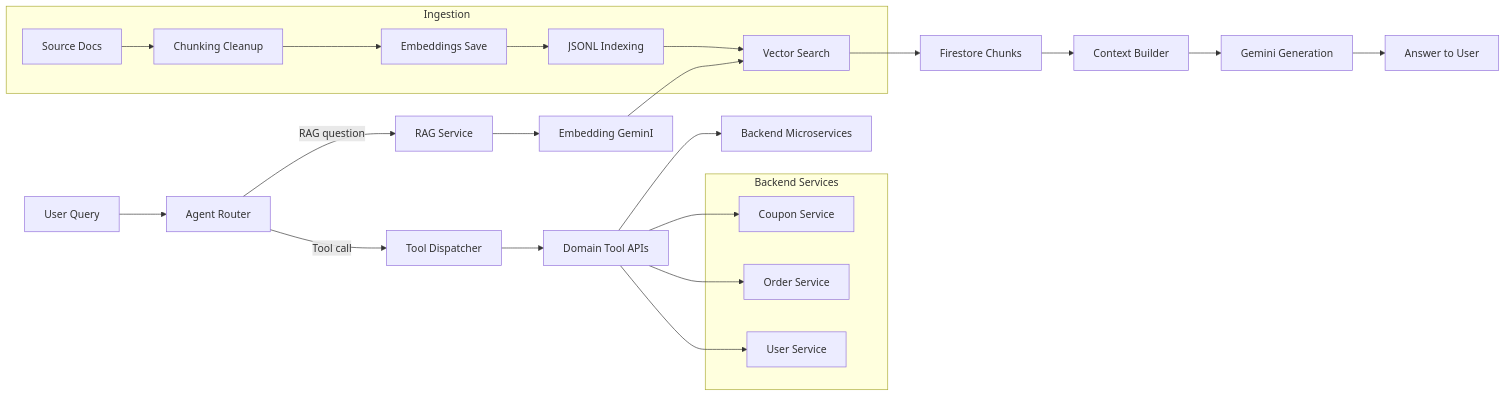
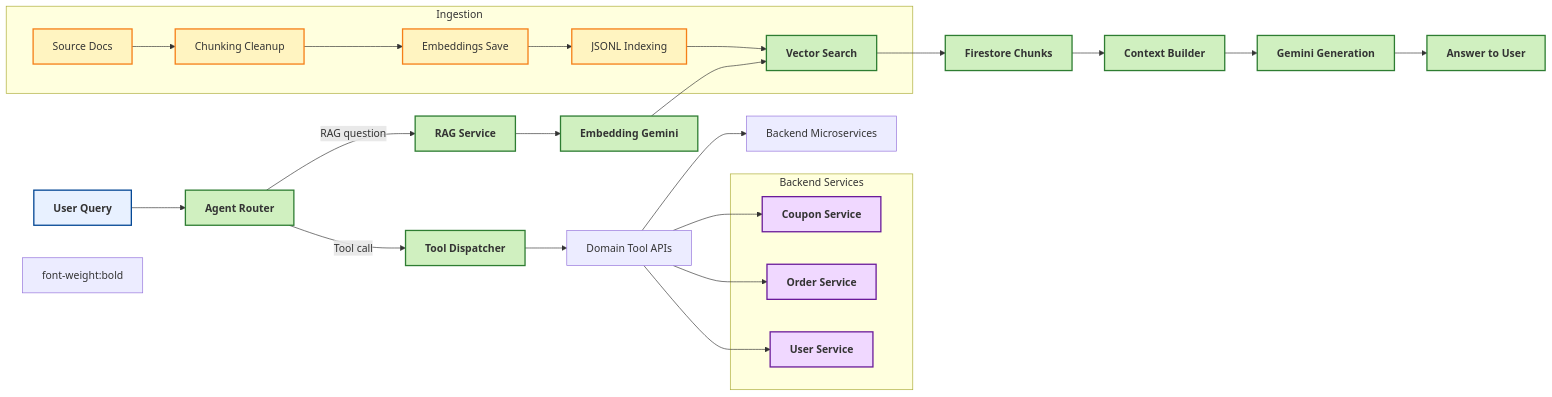
Before and after one commit to Deepika1001/AI-Projects: the diagram in agentic-ecommerce-assistant/README.md, drawn with Mermaid.

Commit message:
Architecture diagram

````diff
--- a/agentic-ecommerce-assistant/README.md
+++ b/agentic-ecommerce-assistant/README.md
@@ -134,33 +134,44 @@
 ```mermaid
 flowchart LR
     A[User Query] --> B[Agent Router]
     B -->|RAG question| C[RAG Service]
     B -->|Tool call| D[Tool Dispatcher]
 
-    C --> E[Embedding GeminI]
+    C --> E[Embedding Gemini]
     E --> F[Vector Search]
     F --> G[Firestore Chunks]
     G --> H[Context Builder]
     H --> I[Gemini Generation]
     I --> J[Answer to User]
 
     D --> K[Domain Tool APIs]
     K --> L[Backend Microservices]
 
     subgraph Backend Services
       L1[Coupon Service]
       L2[Order Service]
       L3[User Service]
     end
 
     K --> L1
     K --> L2
     K --> L3
 
     subgraph Ingestion
       M[Source Docs] --> N[Chunking Cleanup]
       N --> O[Embeddings Save]
       O --> P[JSONL Indexing]
       P --> F
     end
+
+    %% Color styling for visual appeal
+    classDef user fill:#E8F1FF,stroke:#034694,stroke-width:2px,font-weight:bold;
+    classDef core fill:#D0F0C0,stroke:#2E7D32,stroke-width:2px,font-weight:bold;
+    classDef data fill:#FFF4C1,stroke:#F57F17,stroke-width:2px;font-weight:bold;
+    classDef backend fill:#F0D8FF,stroke:#6A1B9A,stroke-width:2px,font-weight:bold;
+
+    class A user;
+    class B,C,D,E,F,G,H,I,J core;
+    class M,N,O,P data;
+    class L1,L2,L3 backend;
 ```
````
